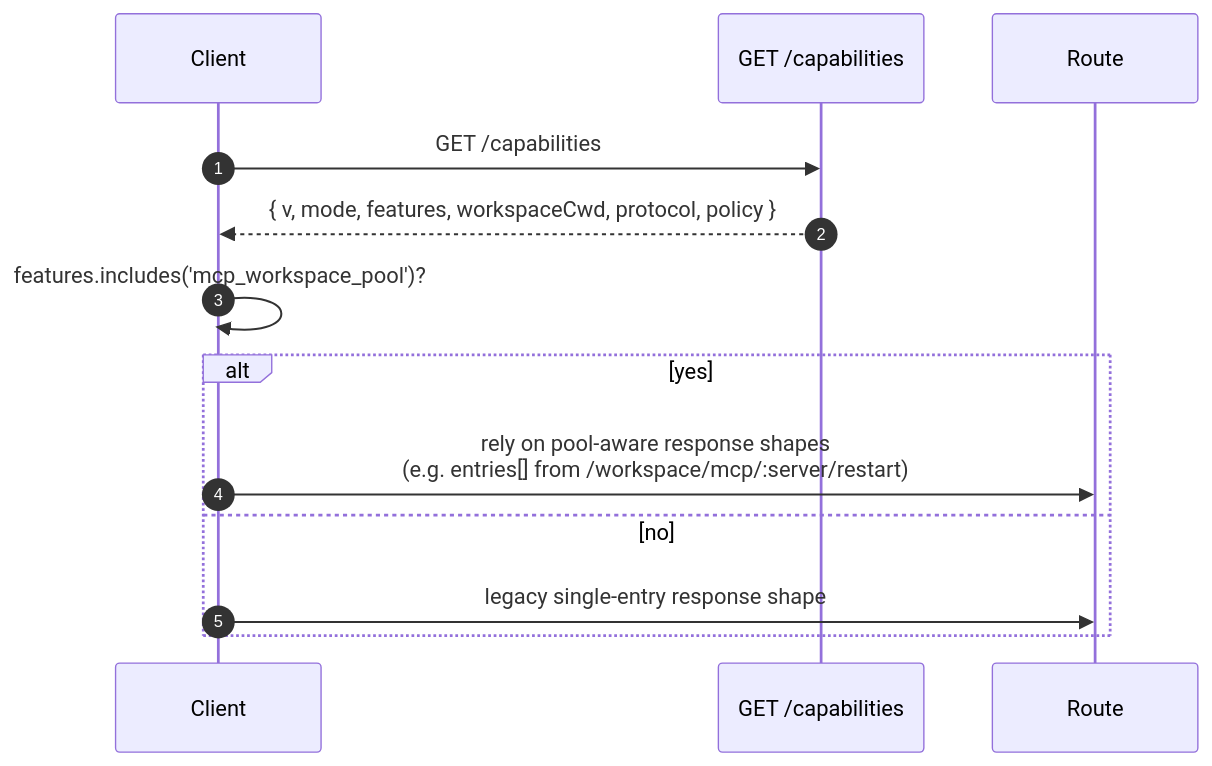
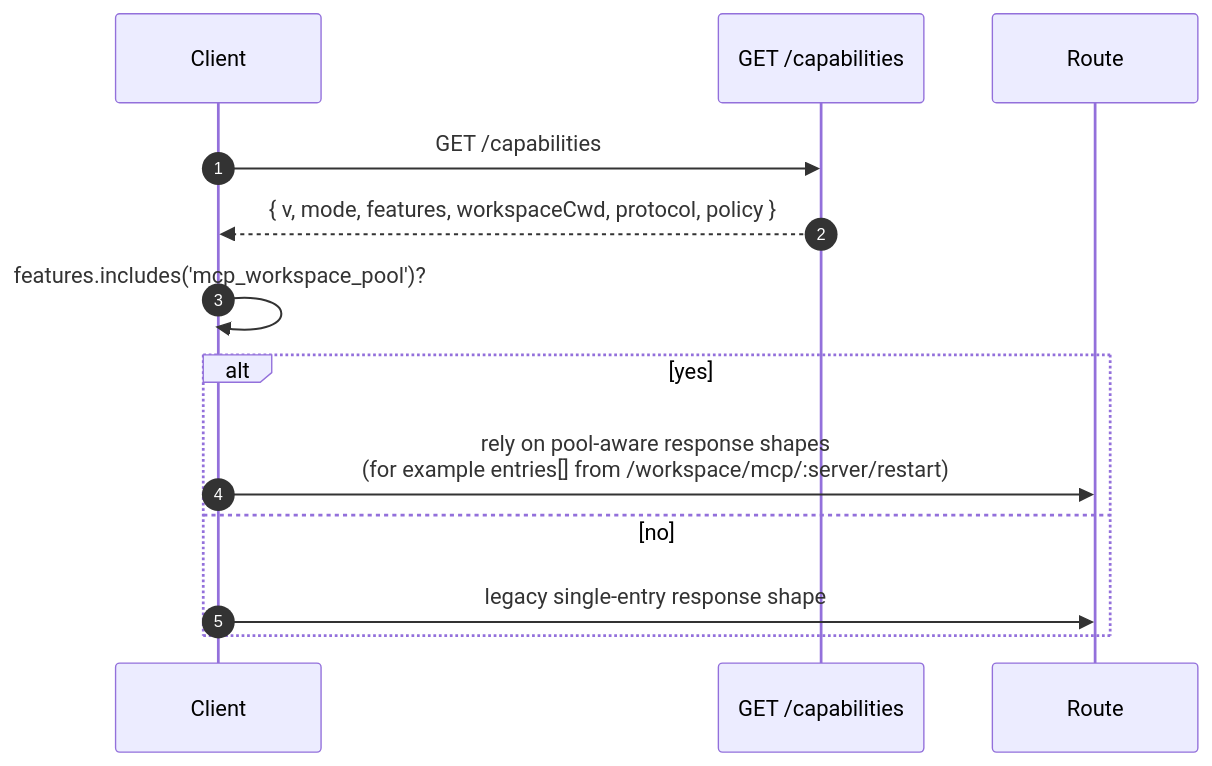
One commit to QwenLM/qwen-code changed the second of 2 diagrams in docs/developers/daemon/11-capabilities-versioning.md. Above: the diagram before and after it, drawn with Mermaid. The commit also changed other lines of this file and 23 other files, not shown here.

````diff
--- a/docs/developers/daemon/11-capabilities-versioning.md
+++ b/docs/developers/daemon/11-capabilities-versioning.md
@@ -132,16 +132,16 @@
 ```mermaid
 sequenceDiagram
     autonumber
     participant C as Client
     participant D as GET /capabilities
     participant R as Route
 
     C->>D: GET /capabilities
     D-->>C: { v, mode, features, workspaceCwd, protocol, policy }
     C->>C: features.includes('mcp_workspace_pool')?
     alt yes
-        C->>R: rely on pool-aware response shapes<br/>(e.g. entries[] from /workspace/mcp/:server/restart)
+        C->>R: rely on pool-aware response shapes<br/>(for example entries[] from /workspace/mcp/:server/restart)
     else no
         C->>R: legacy single-entry response shape
     end
 ```
````
